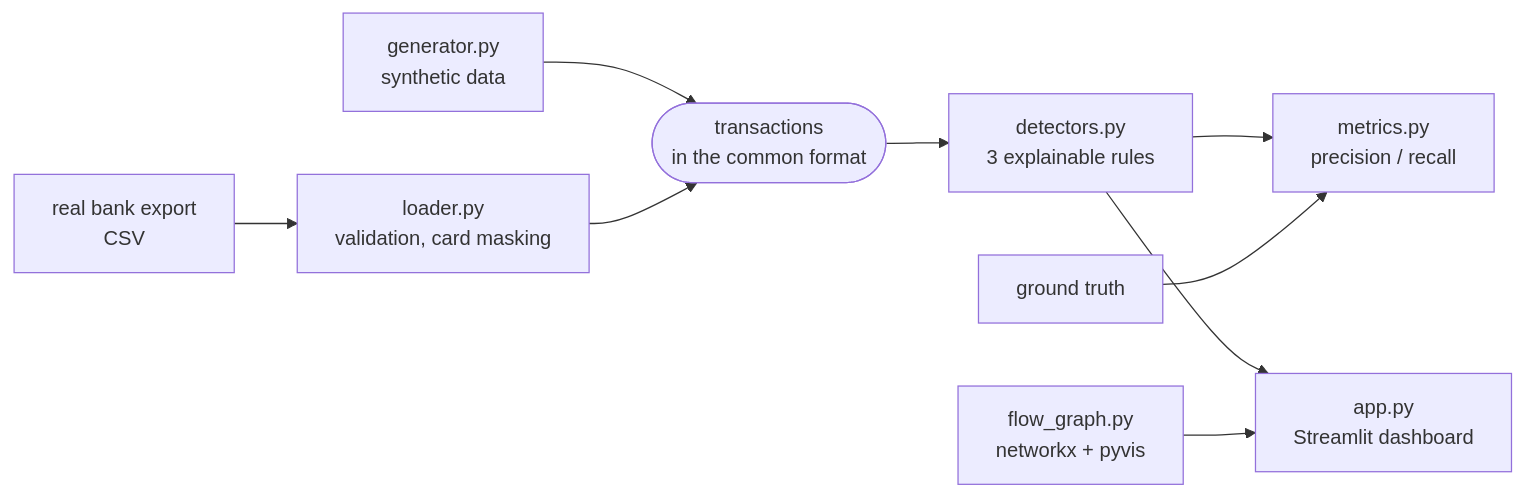
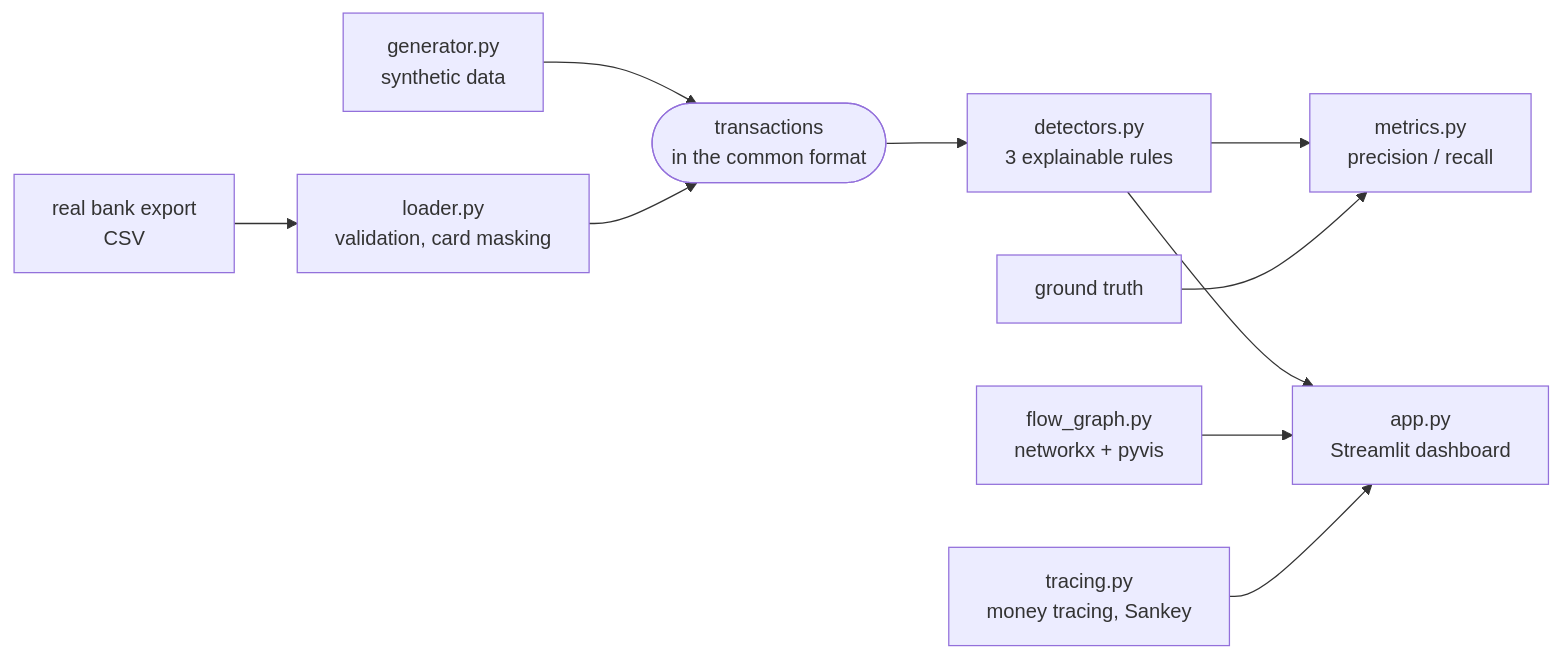
One commit to PachkaKofe04/drop_finder changed the diagram in README.md. Above: the diagram before and after it, drawn with Mermaid. The commit also changed other lines of this file and 7 other files, not shown here.

Commit message:
feat: money tracing from victim to cash-out with Sankey diagram

````diff
--- a/README.md
+++ b/README.md
@@ -52,10 +53,11 @@
 ```mermaid
 flowchart LR
     G["generator.py<br>synthetic data"] --> T(["transactions<br>in the common format"])
     R["real bank export<br>CSV"] --> L["loader.py<br>validation, card masking"] --> T
     T --> D["detectors.py<br>3 explainable rules"]
     D --> M["metrics.py<br>precision / recall"]
     GT["ground truth"] --> M
     D --> A["app.py<br>Streamlit dashboard"]
     F["flow_graph.py<br>networkx + pyvis"] --> A
+    TR["tracing.py<br>money tracing, Sankey"] --> A
 ```
````
